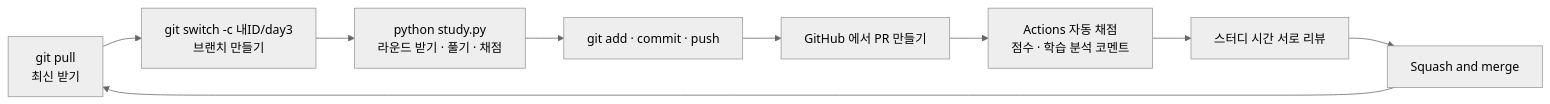
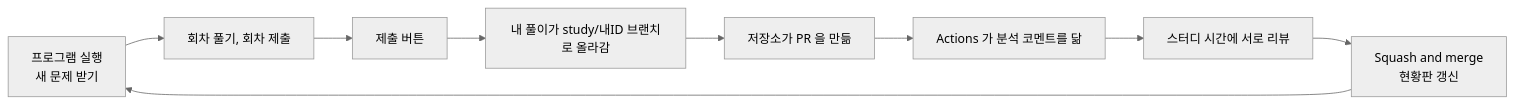
The first of 2 diagrams in docs/GIT_GUIDE.md (WaterMinCho/rokey-python-study), drawn with Mermaid (neutral theme) before and after one commit. The commit also changed other lines of this file and 238 other files, not shown here.

````diff
--- a/docs/GIT_GUIDE.md
+++ b/docs/GIT_GUIDE.md
@@ -6,11 +5,11 @@
 ```mermaid
 flowchart LR
-    A[git pull<br/>최신 받기] --> B[git switch -c 내ID/day3<br/>브랜치 만들기]
-    B --> C[python study.py<br/>라운드 받기 · 풀기 · 채점]
-    C --> D[git add · commit · push]
-    D --> E[GitHub 에서 PR 만들기]
-    E --> F[Actions 자동 채점<br/>점수 · 학습 분석 코멘트]
-    F --> G[스터디 시간 서로 리뷰]
-    G --> H[Squash and merge]
+    A[프로그램 실행<br/>새 문제 받기] --> B[회차 풀기, 회차 제출]
+    B --> C[제출 버튼]
+    C --> D[내 풀이가 study/내ID 브랜치로 올라감]
+    D --> E[저장소가 PR 을 만듦]
+    E --> F[Actions 가 분석 코멘트를 닮]
+    F --> G[스터디 시간에 서로 리뷰]
+    G --> H[Squash and merge<br/>현황판 갱신]
     H --> A
 ```
````
